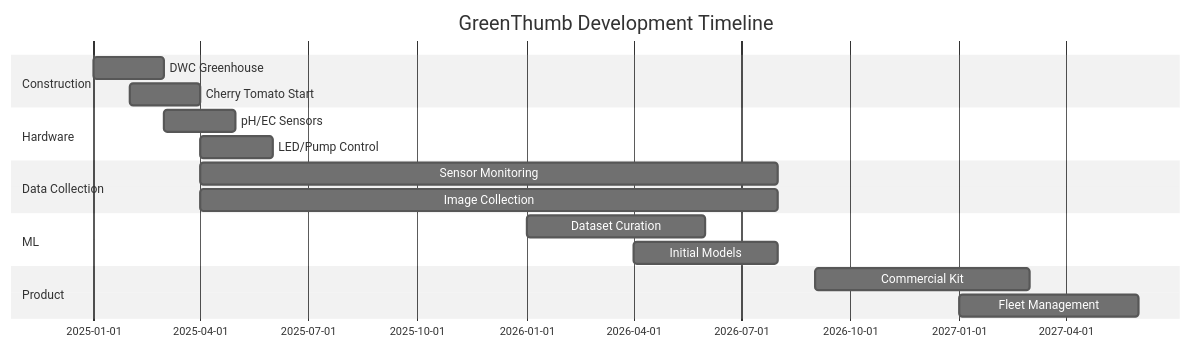
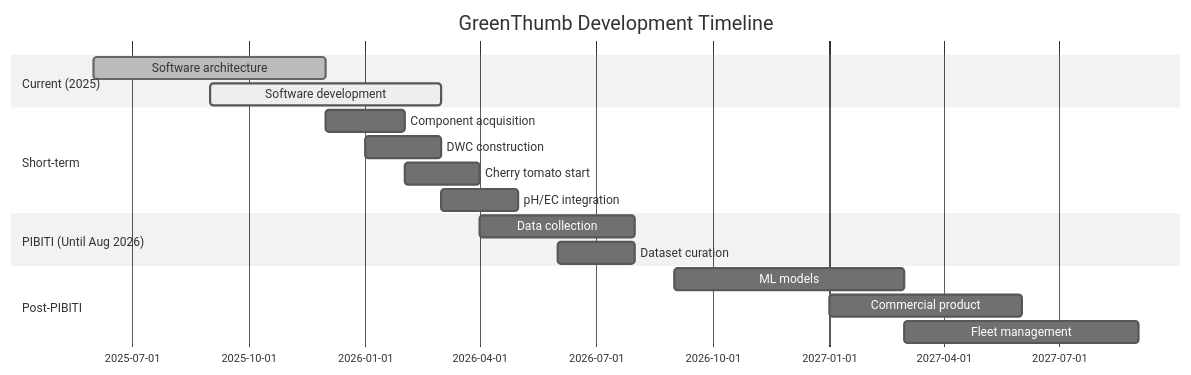
One commit to GreenThumbProject/docs changed the diagram in docs/summaries/future-work-en.md. Above: the diagram before and after it, drawn with Mermaid (neutral theme). The commit also changed other lines of this file and 6 other files, not shown here.

Commit message:
feat: add architecture overview, sensor documentation, virtual sensors article, and future work summaries

````diff
--- a/docs/summaries/future-work-en.md
+++ b/docs/summaries/future-work-en.md
@@ -132,25 +132,24 @@
 ```mermaid
 gantt
     title GreenThumb Development Timeline
     dateFormat YYYY-MM
     
-    section Construction
-    DWC Greenhouse     :2025-01, 2025-03
-    Cherry Tomato Start:2025-02, 2025-04
+    section Current (2025)
+    Software architecture    :done, 2025-06, 2025-12
+    Software development     :active, 2025-09, 2026-03
     
-    section Hardware
-    pH/EC Sensors      :2025-03, 2025-05
-    LED/Pump Control   :2025-04, 2025-06
+    section Short-term
+    Component acquisition    :2025-12, 2026-02
+    DWC construction        :2026-01, 2026-03
+    Cherry tomato start     :2026-02, 2026-04
+    pH/EC integration       :2026-03, 2026-05
     
-    section Data Collection
-    Sensor Monitoring  :2025-04, 2026-08
-    Image Collection   :2025-04, 2026-08
+    section PIBITI (Until Aug 2026)
+    Data collection         :2026-04, 2026-08
+    Dataset curation        :2026-06, 2026-08
     
-    section ML
-    Dataset Curation   :2026-01, 2026-06
-    Initial Models     :2026-04, 2026-08
-    
-    section Product
-    Commercial Kit     :2026-09, 2027-03
-    Fleet Management   :2027-01, 2027-06
+    section Post-PIBITI
+    ML models               :2026-09, 2027-03
+    Commercial product      :2027-01, 2027-06
+    Fleet management        :2027-03, 2027-09
 ```
````
